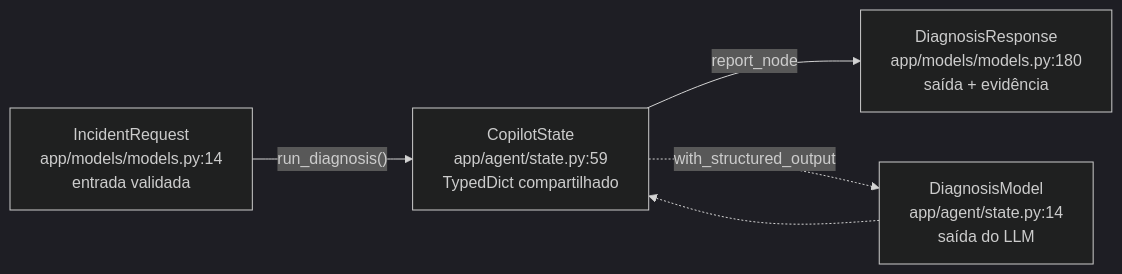
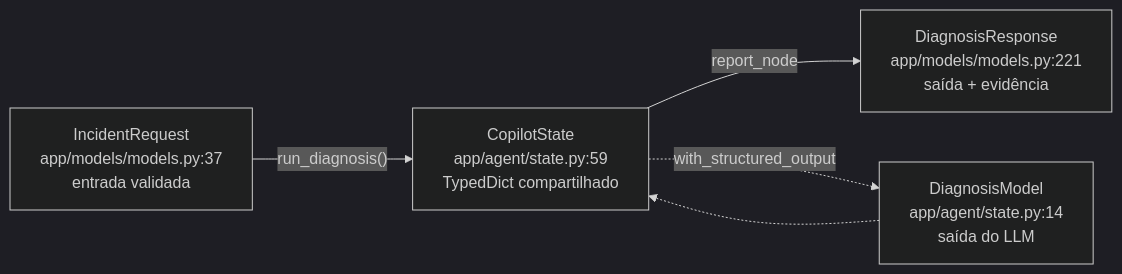
The fourth of 14 diagrams in docs/MANUAL.md (marcos-slima/integration-incident-copilot), drawn with Mermaid (dark theme) before and after one commit. The commit also changed other lines of this file and 5 other files, not shown here.

````diff
--- a/docs/MANUAL.md
+++ b/docs/MANUAL.md
@@ -332,7 +332,7 @@
 ```mermaid
 flowchart LR
-    REQ["IncidentRequest<br/>app/models/models.py:14<br/>entrada validada"] -->|"run_diagnosis()"| ST["CopilotState<br/>app/agent/state.py:59<br/>TypedDict compartilhado"]
-    ST -->|"report_node"| RES["DiagnosisResponse<br/>app/models/models.py:180<br/>saída + evidência"]
+    REQ["IncidentRequest<br/>app/models/models.py:37<br/>entrada validada"] -->|"run_diagnosis()"| ST["CopilotState<br/>app/agent/state.py:59<br/>TypedDict compartilhado"]
+    ST -->|"report_node"| RES["DiagnosisResponse<br/>app/models/models.py:221<br/>saída + evidência"]
     ST -.->|"with_structured_output"| DM["DiagnosisModel<br/>app/agent/state.py:14<br/>saída do LLM"]
     DM -.-> ST
 ```
````
